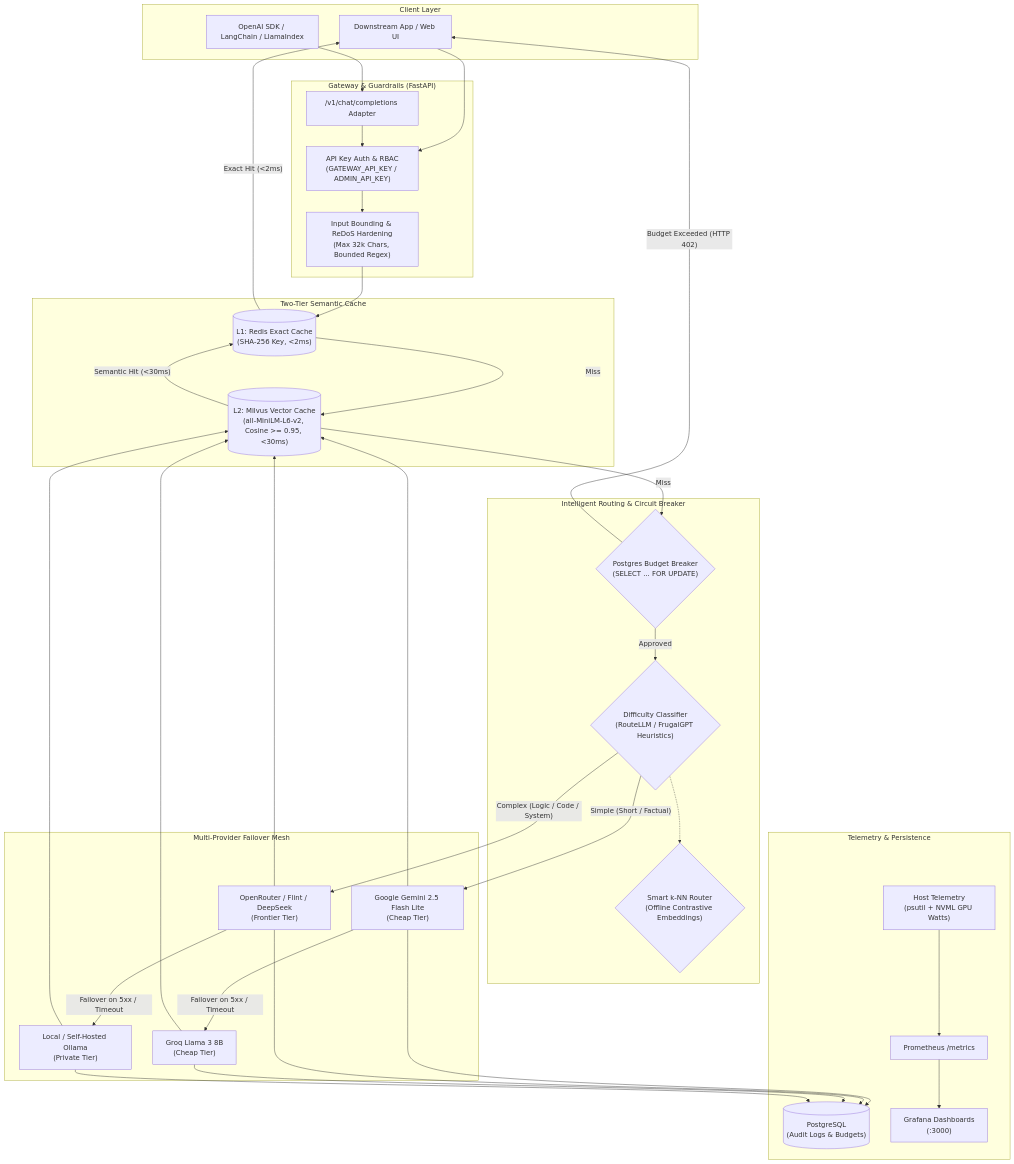
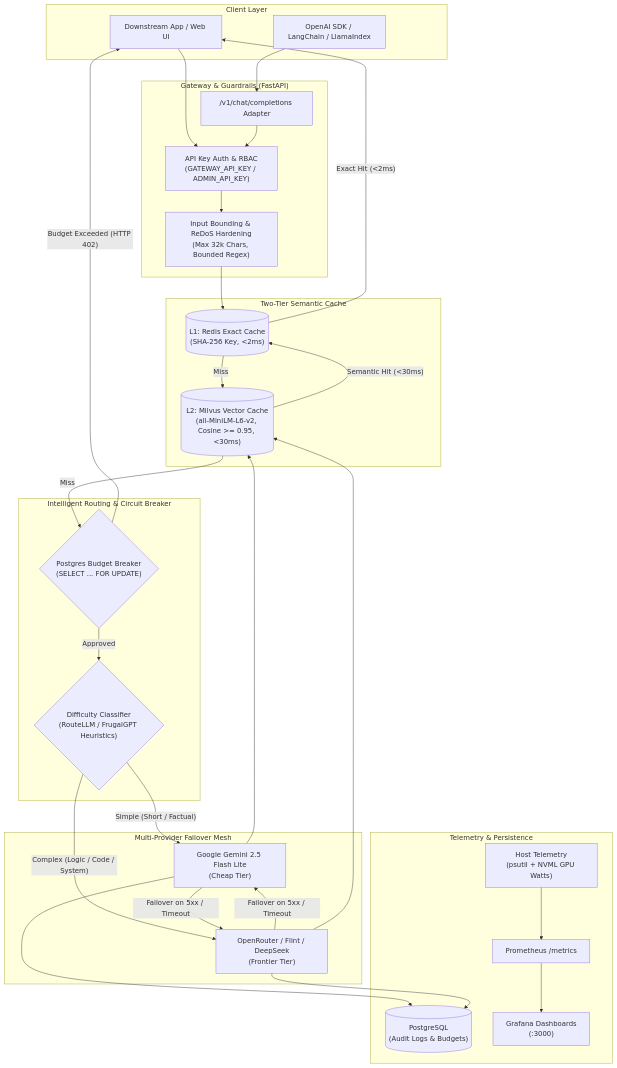
Before and after one commit to ayushsingh08-ds/LLM-Efficiency-Engine: the diagram in README.md, drawn with Mermaid. The commit also changed other lines of this file and 36 other files, not shown here.

````diff
--- a/README.md
+++ b/README.md
@@ -31,63 +31,59 @@
 ```mermaid
 flowchart TD
     subgraph ClientLayer ["Client Layer"]
         App["Downstream App / Web UI"]
         OpenAIClient["OpenAI SDK / LangChain / LlamaIndex"]
     end
 
     subgraph SecurityLayer ["Gateway & Guardrails (FastAPI)"]
         Auth["API Key Auth & RBAC\n(GATEWAY_API_KEY / ADMIN_API_KEY)"]
         Guardrails["Input Bounding & ReDoS Hardening\n(Max 32k Chars, Bounded Regex)"]
         OpenAIRoute["/v1/chat/completions Adapter"]
     end
 
     subgraph CacheTier ["Two-Tier Semantic Cache"]
         RedisCache[("L1: Redis Exact Cache\n(SHA-256 Key, <2ms)")]
         MilvusCache[("L2: Milvus Vector Cache\n(all-MiniLM-L6-v2, Cosine >= 0.95, <30ms)")]
     end
 
     subgraph RoutingTier ["Intelligent Routing & Circuit Breaker"]
         BudgetBreaker{"Postgres Budget Breaker\n(SELECT ... FOR UPDATE)"}
         DiffRouter{"Difficulty Classifier\n(RouteLLM / FrugalGPT Heuristics)"}
-        KNNRouter{"Smart k-NN Router\n(Offline Contrastive Embeddings)"}
     end
 
     subgraph ProviderLayer ["Multi-Provider Failover Mesh"]
         GoogleGemini["Google Gemini 2.5 Flash Lite\n(Cheap Tier)"]
         OpenRouter["OpenRouter / Flint / DeepSeek\n(Frontier Tier)"]
-        GroqCloud["Groq Llama 3 8B\n(Cheap Tier)"]
-        OllamaLocal["Local / Self-Hosted Ollama\n(Private Tier)"]
     end
 
     subgraph Observability ["Telemetry & Persistence"]
         PGLogs[("PostgreSQL\n(Audit Logs & Budgets)")]
         Prometheus["Prometheus /metrics"]
         Grafana["Grafana Dashboards\n(:3000)"]
         Hardware["Host Telemetry\n(psutil + NVML GPU Watts)"]
     end
 
     App --> Auth
     OpenAIClient --> OpenAIRoute --> Auth
     Auth --> Guardrails
     Guardrails --> RedisCache
 
     RedisCache -- "Exact Hit (<2ms)" --> App
     RedisCache -- "Miss" --> MilvusCache
 
     MilvusCache -- "Semantic Hit (<30ms)" --> RedisCache
     MilvusCache -- "Miss" --> BudgetBreaker
 
     BudgetBreaker -- "Budget Exceeded (HTTP 402)" --> App
     BudgetBreaker -- "Approved" --> DiffRouter
 
     DiffRouter -- "Simple (Short / Factual)" --> GoogleGemini
     DiffRouter -- "Complex (Logic / Code / System)" --> OpenRouter
-    DiffRouter -.-> KNNRouter
 
-    GoogleGemini -- "Failover on 5xx / Timeout" --> GroqCloud
-    OpenRouter -- "Failover on 5xx / Timeout" --> OllamaLocal
+    GoogleGemini -- "Failover on 5xx / Timeout" --> OpenRouter
+    OpenRouter -- "Failover on 5xx / Timeout" --> GoogleGemini
 
-    GoogleGemini & OpenRouter & GroqCloud & OllamaLocal --> MilvusCache
-    GoogleGemini & OpenRouter & GroqCloud & OllamaLocal --> PGLogs
+    GoogleGemini & OpenRouter --> MilvusCache
+    GoogleGemini & OpenRouter --> PGLogs
     Hardware --> Prometheus --> Grafana
 ```
````
